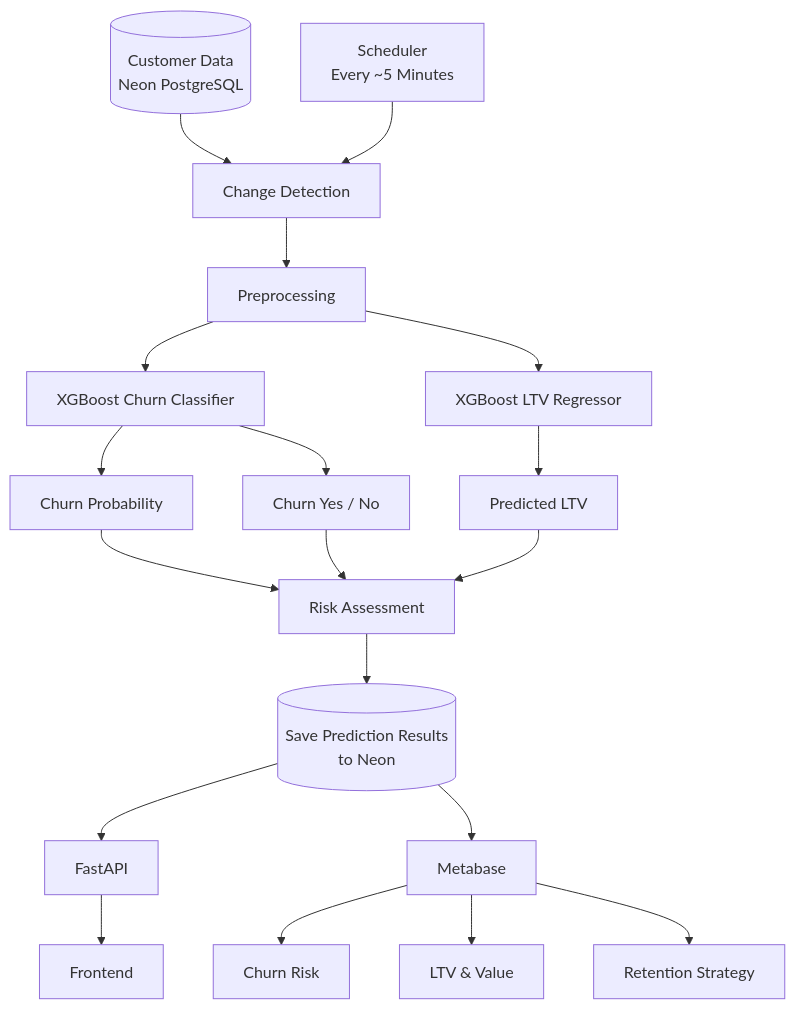
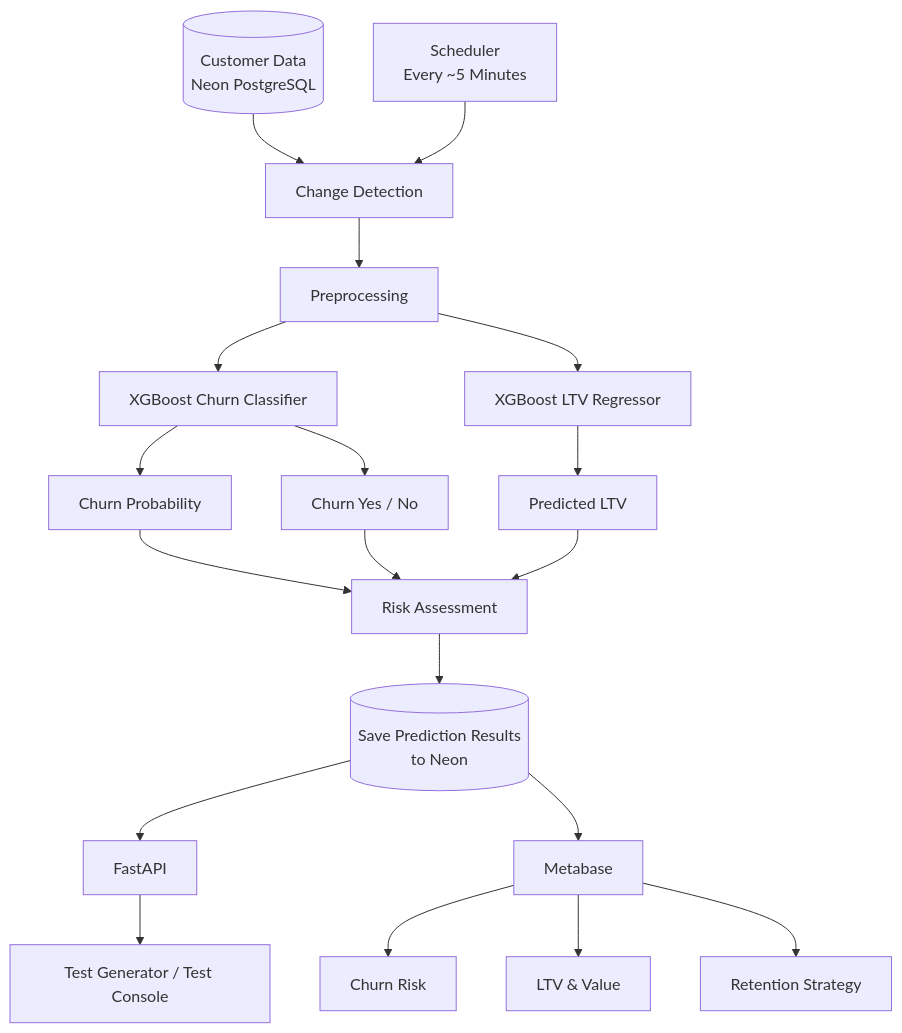
One commit to Tharuni-23/Customer-Churn-Prediction-And-Lifetime-Value-LTV-Engine changed diagram 12 of 12 in README.md. Above: the diagram before and after it, drawn with Mermaid. The commit also changed other lines of this file and 5 other files, not shown here.

````diff
--- a/README.md
+++ b/README.md
@@ -845,29 +840,29 @@
 ```mermaid
 flowchart TD
     A[(Customer Data<br/>Neon PostgreSQL)]
     A --> B[Change Detection]
     B --> C[Preprocessing]
 
     C --> D[XGBoost Churn Classifier]
     C --> E[XGBoost LTV Regressor]
 
     D --> F[Churn Probability]
     D --> G[Churn Yes / No]
     E --> H[Predicted LTV]
 
     F --> I[Risk Assessment]
     G --> I
     H --> I
 
     I --> J[(Save Prediction Results<br/>to Neon)]
 
     J --> K[FastAPI]
-    K --> L[Frontend]
+    K --> L[Test Generator / Test Console]
 
     J --> M[Metabase]
     M --> N[Churn Risk]
     M --> O[LTV & Value]
     M --> P[Retention Strategy]
 
     Q[Scheduler<br/>Every ~5 Minutes] --> B
 ```
````
